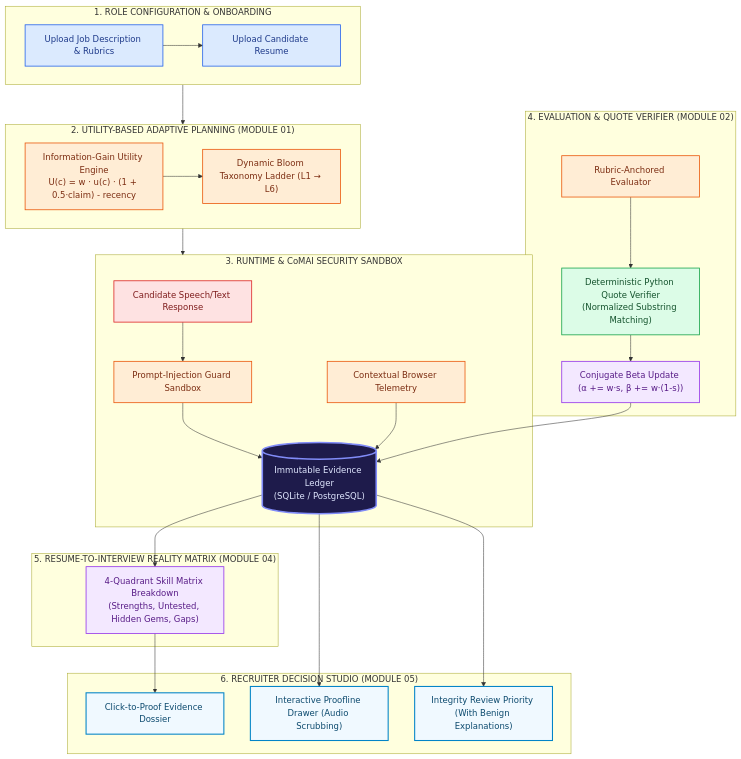
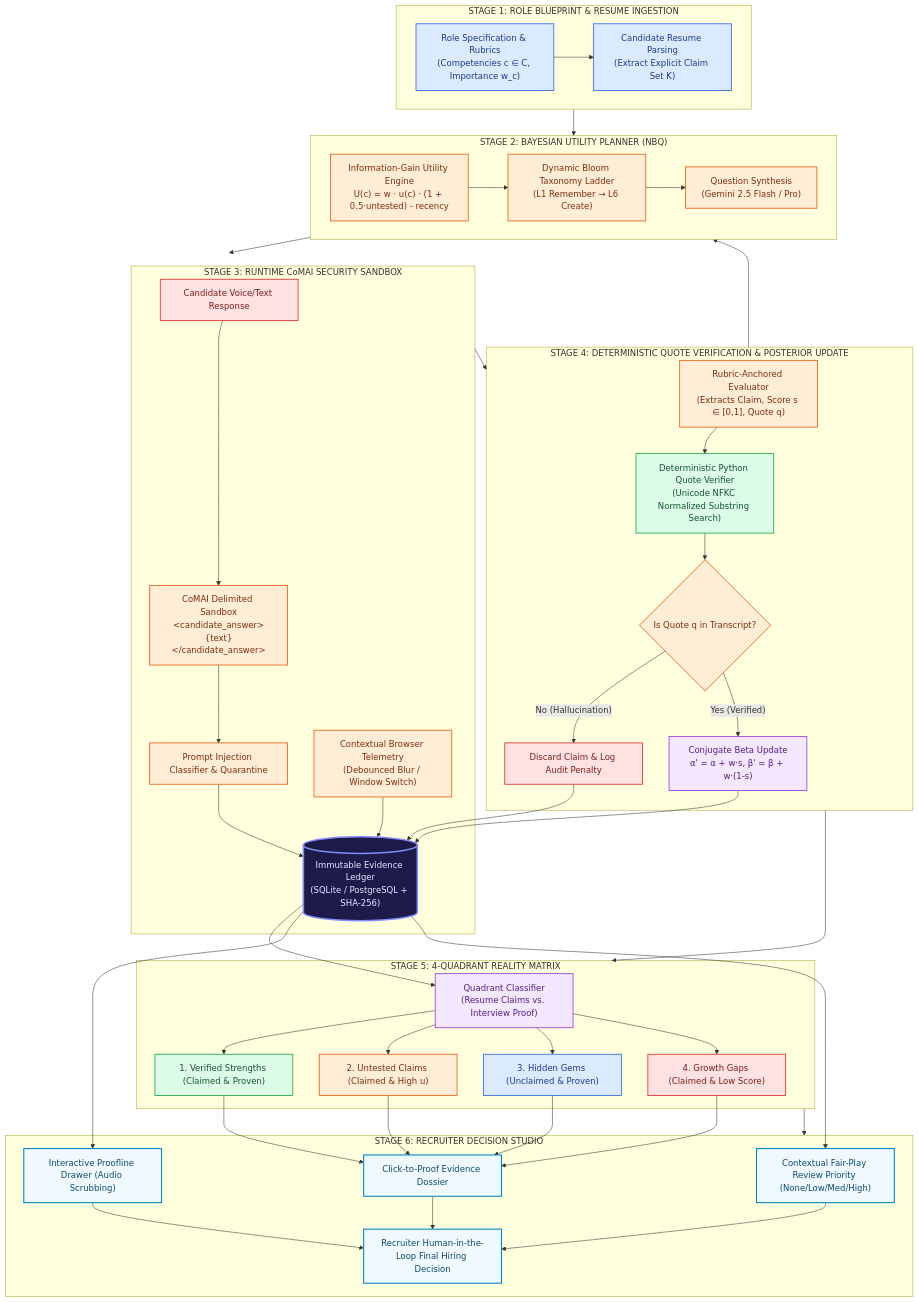
Before and after one commit to aasish3187/provenance---Adaptive-Interview-Intelligence: the diagram in README.md, drawn with Mermaid. The commit also changed other lines of this file and 10 other files, not shown here.

Commit message:
docs(repo): elevate repository to gold standard with community health files, visual screenshot gallery, and complete technical architecture

````diff
--- a/README.md
+++ b/README.md
@@ -57,55 +132,68 @@
 ```mermaid
 flowchart TD
     classDef stageHeader fill:#0f172a,stroke:#38bdf8,stroke-width:2px,color:#f8fafc;
     classDef nodeBlue fill:#dbeafe,stroke:#2563eb,stroke-width:1.5px,color:#1e3a8a;
     classDef nodePeach fill:#ffedd5,stroke:#ea580c,stroke-width:1.5px,color:#7c2d12;
     classDef nodeGreen fill:#dcfce7,stroke:#16a34a,stroke-width:1.5px,color:#14532d;
     classDef nodePurple fill:#f3e8ff,stroke:#9333ea,stroke-width:1.5px,color:#581c87;
     classDef nodeRed fill:#fee2e2,stroke:#dc2626,stroke-width:1.5px,color:#7f1d1d;
     classDef databaseNode fill:#1e1b4b,stroke:#818cf8,stroke-width:3px,color:#e0e7ff;
     classDef outputCard fill:#f0f9ff,stroke:#0284c7,stroke-width:2px,color:#0c4a6e;
 
-    subgraph S1 ["1. ROLE CONFIGURATION & ONBOARDING"]
-        A1["Upload Job Description & Rubrics"]:::nodeBlue
-        A2["Upload Candidate Resume"]:::nodeBlue
+    subgraph S1 ["STAGE 1: ROLE BLUEPRINT & RESUME INGESTION"]
+        A1["Role Specification & Rubrics<br/>(Competencies c ∈ C, Importance w_c)"]:::nodeBlue
+        A2["Candidate Resume Parsing<br/>(Extract Explicit Claim Set K)"]:::nodeBlue
         A1 --> A2
     end
 
-    subgraph S2 ["2. UTILITY-BASED ADAPTIVE PLANNING (MODULE 01)"]
-        B1["Information-Gain Utility Engine<br/>U(c) = w · u(c) · (1 + 0.5·claim) - recency"]:::nodePeach
-        B2["Dynamic Bloom Taxonomy Ladder (L1 → L6)"]:::nodePeach
-        B1 --> B2
+    subgraph S2 ["STAGE 2: BAYESIAN UTILITY PLANNER (NBQ)"]
+        B1["Information-Gain Utility Engine<br/>U(c) = w · u(c) · (1 + 0.5·untested) - recency"]:::nodePeach
+        B2["Dynamic Bloom Taxonomy Ladder<br/>(L1 Remember → L6 Create)"]:::nodePeach
+        B3["Question Synthesis<br/>(Gemini 2.5 Flash / Pro)"]:::nodePeach
+        B1 --> B2 --> B3
     end
 
-    subgraph S3 ["3. RUNTIME & CoMAI SECURITY SANDBOX"]
-        C1["Candidate Speech/Text Response"]:::nodeRed
-        C2["Prompt-Injection Guard Sandbox"]:::nodePeach
-        C_Telem["Contextual Browser Telemetry"]:::nodePeach
-        DB[("Immutable Evidence Ledger<br/>(SQLite / PostgreSQL)")]:::databaseNode
-        C1 --> C2 --> DB
+    subgraph S3 ["STAGE 3: RUNTIME CoMAI SECURITY SANDBOX"]
+        C1["Candidate Voice/Text Response"]:::nodeRed
+        C2["CoMAI Delimited Sandbox<br/>&lt;candidate_answer&gt;{text}&lt;/candidate_answer&gt;"]:::nodePeach
+        C3["Prompt Injection Classifier & Quarantine"]:::nodePeach
+        C_Telem["Contextual Browser Telemetry<br/>(Debounced Blur / Window Switch)"]:::nodePeach
+        DB[("Immutable Evidence Ledger<br/>(SQLite / PostgreSQL + SHA-256)")]:::databaseNode
+        C1 --> C2 --> C3 --> DB
         C_Telem --> DB
     end
 
-    subgraph S4 ["4. EVALUATION & QUOTE VERIFIER (MODULE 02)"]
-        E1["Rubric-Anchored Evaluator"]:::nodePeach
-        E2["Deterministic Python Quote Verifier<br/>(Normalized Substring Matching)"]:::nodeGreen
-        E3["Conjugate Beta Update (α += w·s, β += w·(1-s))"]:::nodePurple
-        E1 --> E2 --> E3 --> DB
+    subgraph S4 ["STAGE 4: DETERMINISTIC QUOTE VERIFICATION & POSTERIOR UPDATE"]
+        E1["Rubric-Anchored Evaluator<br/>(Extracts Claim, Score s ∈ [0,1], Quote q)"]:::nodePeach
+        E2["Deterministic Python Quote Verifier<br/>(Unicode NFKC Normalized Substring Search)"]:::nodeGreen
+        E3{"Is Quote q in Transcript?"}:::nodePeach
+        E4["Discard Claim & Log Audit Penalty"]:::nodeRed
+        E5["Conjugate Beta Update<br/>α' = α + w·s, β' = β + w·(1-s)"]:::nodePurple
+        E1 --> E2 --> E3
+        E3 -- "No (Hallucination)" --> E4 --> DB
+        E3 -- "Yes (Verified)" --> E5 --> DB
     end
 
-    subgraph S5 ["5. RESUME-TO-INTERVIEW REALITY MATRIX (MODULE 04)"]
-        G1["4-Quadrant Skill Matrix Breakdown<br/>(Strengths, Untested, Hidden Gems, Gaps)"]:::nodePurple
+    subgraph S5 ["STAGE 5: 4-QUADRANT REALITY MATRIX"]
+        G1["Quadrant Classifier<br/>(Resume Claims vs. Interview Proof)"]:::nodePurple
+        G2["1. Verified Strengths (Claimed & Proven)"]:::nodeGreen
+        G3["2. Untested Claims (Claimed & High u)"]:::nodePeach
+        G4["3. Hidden Gems (Unclaimed & Proven)"]:::nodeBlue
+        G5["4. Growth Gaps (Claimed & Low Score)"]:::nodeRed
         DB --> G1
+        G1 --> G2 & G3 & G4 & G5
     end
 
-    subgraph S6 ["6. RECRUITER DECISION STUDIO (MODULE 05)"]
+    subgraph S6 ["STAGE 6: RECRUITER DECISION STUDIO"]
         O1["Click-to-Proof Evidence Dossier"]:::outputCard
         O2["Interactive Proofline Drawer (Audio Scrubbing)"]:::outputCard
-        O3["Integrity Review Priority (With Benign Explanations)"]:::outputCard
-        G1 --> O1
-        DB --> O2
-        DB --> O3
+        O3["Contextual Fair-Play Review Priority (None/Low/Med/High)"]:::outputCard
+        O4["Recruiter Human-in-the-Loop Final Hiring Decision"]:::outputCard
+        G2 & G3 & G4 & G5 --> O1
+        DB --> O2 & O3
+        O1 & O2 & O3 --> O4
     end
 
-    S1 --> S2 --> S3
+    S1 --> S2 --> S3 --> S4 --> S2
+    S4 --> S5 --> S6
 ```
````
